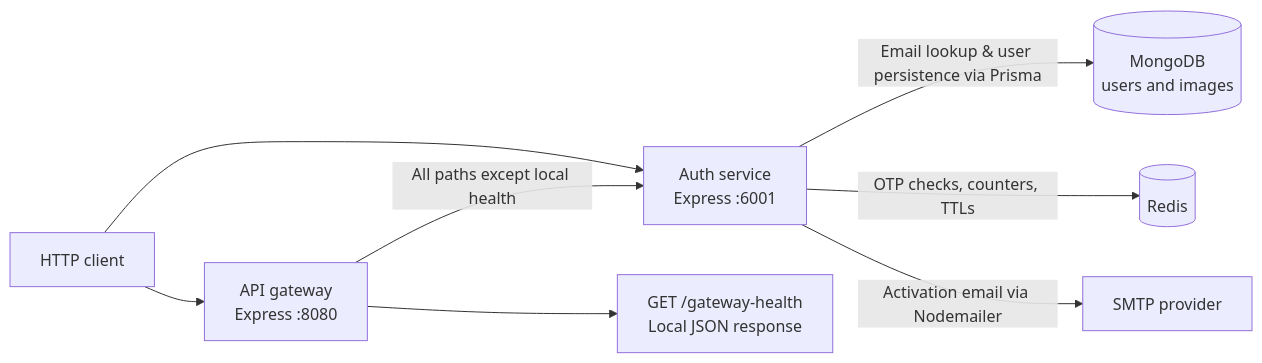
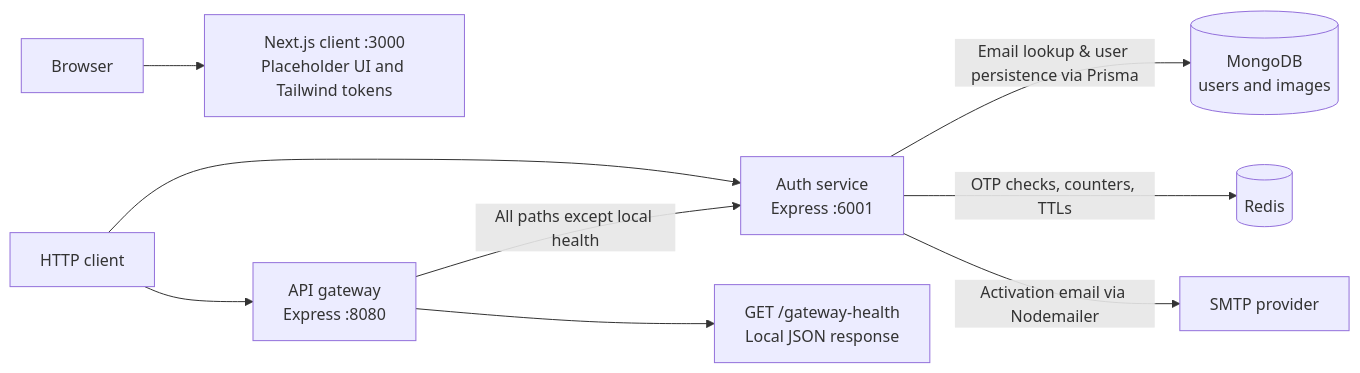
The diagram in docs/architecture/overview.md (Kruskal892/Microservice-SaaS-E-commerce), drawn with Mermaid before and after one commit. The commit also changed other lines of this file and 48 other files, not shown here.

Commit message:
Feat: add Next.js scaffold with Tailwind v4 design tokens, client scripts, and update documentation

````diff
--- a/docs/architecture/overview.md
+++ b/docs/architecture/overview.md
@@ -15,10 +17,11 @@
 ```mermaid
 flowchart LR
+    Browser["Browser"] --> Frontend["Next.js client :3000<br/>Placeholder UI and Tailwind tokens"]
     Client["HTTP client"] --> Gateway["API gateway<br/>Express :8080"]
     Client --> Auth["Auth service<br/>Express :6001"]
     Gateway -->|"All paths except local health"| Auth
     Gateway --> Health["GET /gateway-health<br/>Local JSON response"]
     Auth -->|"Email lookup & user persistence via Prisma"| Mongo[("MongoDB<br/>users and images")]
     Auth -->|"OTP checks, counters, TTLs"| Redis[("Redis")]
     Auth -->|"Activation email via Nodemailer"| SMTP["SMTP provider"]
 ```
````
